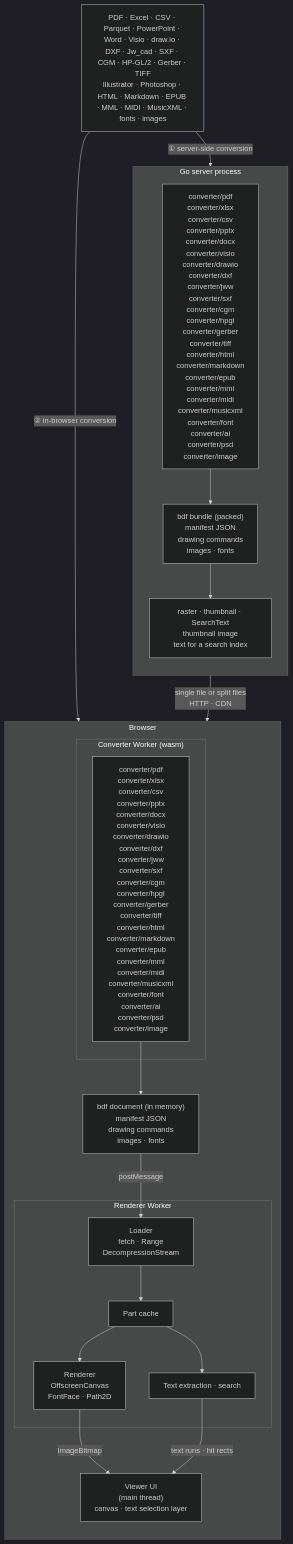
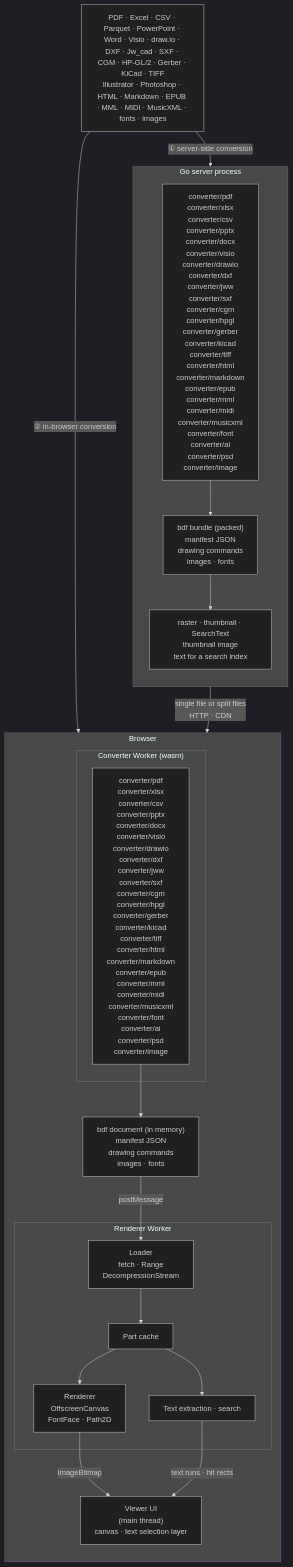
The diagram in README.md (shibukawa/bdf), drawn with Mermaid (dark theme) before and after one commit. The commit also changed other lines of this file and 61 other files, not shown here.

First line of the commit message:
Add KiCad converter: schematics as pages of their sheets, boards as front, back and layer views (#43)

````diff
--- a/README.md
+++ b/README.md
@@ -20,39 +20,39 @@
 ```mermaid
 flowchart TB
-    SRC["PDF · Excel · CSV · Parquet · PowerPoint · Word · Visio · draw.io · DXF · Jw_cad · SXF · CGM · HP-GL/2 · Gerber · TIFF<br/>Illustrator · Photoshop · HTML · Markdown · EPUB · MML · MIDI · MusicXML · fonts · images"]
+    SRC["PDF · Excel · CSV · Parquet · PowerPoint · Word · Visio · draw.io · DXF · Jw_cad · SXF · CGM · HP-GL/2 · Gerber · KiCad · TIFF<br/>Illustrator · Photoshop · HTML · Markdown · EPUB · MML · MIDI · MusicXML · fonts · images"]
 
     subgraph SERVER["Go server process"]
         direction TB
-        SCONV["converter/pdf<br/>converter/xlsx<br/>converter/csv<br/>converter/pptx<br/>converter/docx<br/>converter/visio<br/>converter/drawio<br/>converter/dxf<br/>converter/jww<br/>converter/sxf<br/>converter/cgm<br/>converter/hpgl<br/>converter/gerber<br/>converter/tiff<br/>converter/html<br/>converter/markdown<br/>converter/epub<br/>converter/mml<br/>converter/midi<br/>converter/musicxml<br/>converter/font<br/>converter/ai<br/>converter/psd<br/>converter/image"]
+        SCONV["converter/pdf<br/>converter/xlsx<br/>converter/csv<br/>converter/pptx<br/>converter/docx<br/>converter/visio<br/>converter/drawio<br/>converter/dxf<br/>converter/jww<br/>converter/sxf<br/>converter/cgm<br/>converter/hpgl<br/>converter/gerber<br/>converter/kicad<br/>converter/tiff<br/>converter/html<br/>converter/markdown<br/>converter/epub<br/>converter/mml<br/>converter/midi<br/>converter/musicxml<br/>converter/font<br/>converter/ai<br/>converter/psd<br/>converter/image"]
         BUNDLE["bdf bundle (packed)<br/>manifest JSON<br/>drawing commands<br/>images · fonts"]
         PREVIEW["raster · thumbnail · SearchText<br/>thumbnail image<br/>text for a search index"]
         SCONV --> BUNDLE
         BUNDLE --> PREVIEW
     end
 
     subgraph BROWSER["Browser"]
         direction TB
         subgraph CWORKER["Converter Worker (wasm)"]
-            WCONV["converter/pdf<br/>converter/xlsx<br/>converter/csv<br/>converter/pptx<br/>converter/docx<br/>converter/visio<br/>converter/drawio<br/>converter/dxf<br/>converter/jww<br/>converter/sxf<br/>converter/cgm<br/>converter/hpgl<br/>converter/gerber<br/>converter/tiff<br/>converter/html<br/>converter/markdown<br/>converter/epub<br/>converter/mml<br/>converter/midi<br/>converter/musicxml<br/>converter/font<br/>converter/ai<br/>converter/psd<br/>converter/image"]
+            WCONV["converter/pdf<br/>converter/xlsx<br/>converter/csv<br/>converter/pptx<br/>converter/docx<br/>converter/visio<br/>converter/drawio<br/>converter/dxf<br/>converter/jww<br/>converter/sxf<br/>converter/cgm<br/>converter/hpgl<br/>converter/gerber<br/>converter/kicad<br/>converter/tiff<br/>converter/html<br/>converter/markdown<br/>converter/epub<br/>converter/mml<br/>converter/midi<br/>converter/musicxml<br/>converter/font<br/>converter/ai<br/>converter/psd<br/>converter/image"]
         end
         PARTS["bdf document (in memory)<br/>manifest JSON<br/>drawing commands<br/>images · fonts"]
         subgraph RWORKER["Renderer Worker"]
             LOADER["Loader<br/>fetch · Range<br/>DecompressionStream"]
             STORE["Part cache"]
             RENDER["Renderer<br/>OffscreenCanvas<br/>FontFace · Path2D"]
             TEXT["Text extraction · search"]
             LOADER --> STORE
             STORE --> RENDER
             STORE --> TEXT
         end
         UI["Viewer UI<br/>(main thread)<br/>canvas · text selection layer"]
         WCONV --> PARTS
     end
 
     SRC -- "① server-side conversion" --> SCONV
     SRC -- "② in-browser conversion" --> WCONV
     BUNDLE -- "single file or split files<br/>HTTP · CDN" --> LOADER
     PARTS -- "postMessage" --> LOADER
     RENDER -- "ImageBitmap" --> UI
     TEXT -- "text runs · hit rects" --> UI
 ```
````
